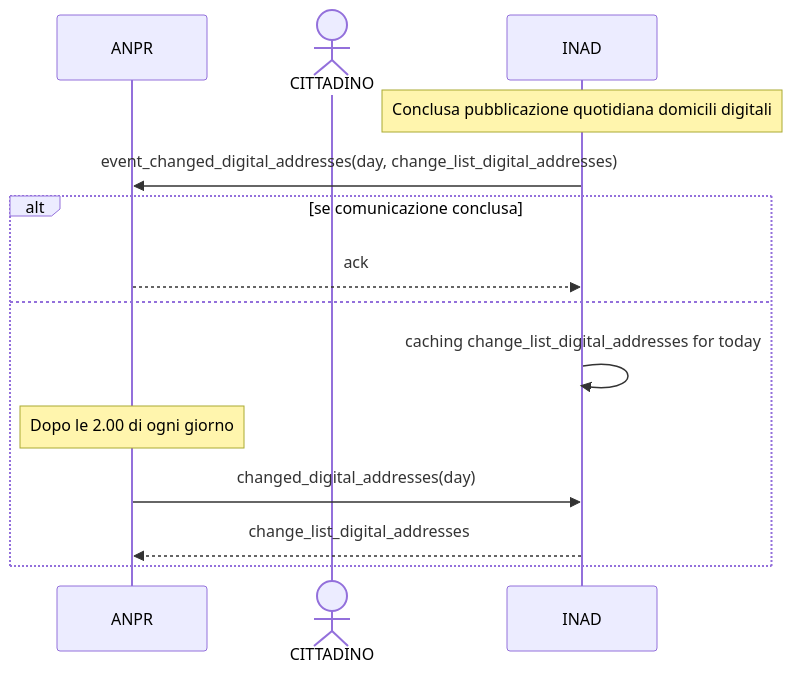
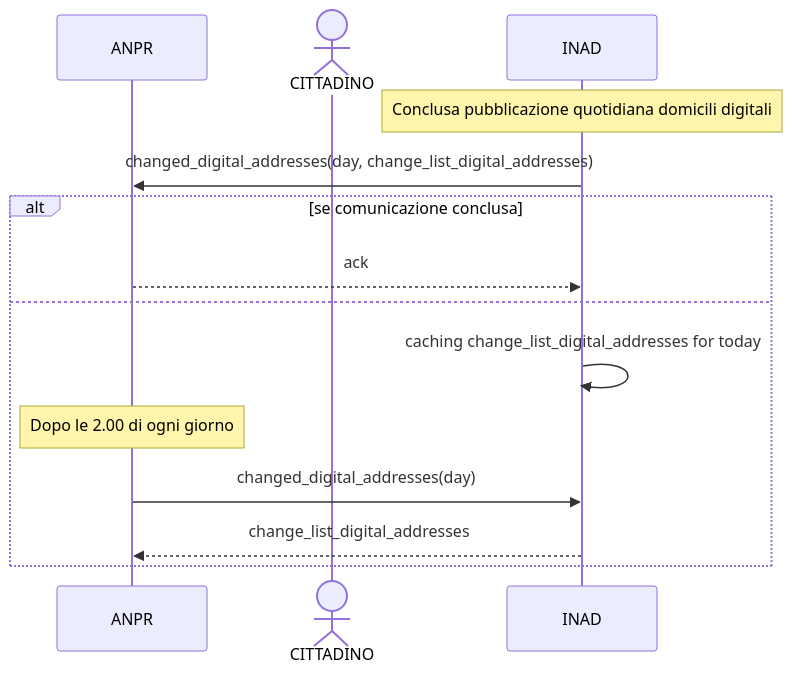
Before and after one commit to ioggstream/verify_integration_INAD_with_ANPR-IO: the diagram in mermind/UC011.md, drawn with Mermaid. The commit also changed 11 other files, not shown here.

````diff
--- a/mermind/UC011.md
+++ b/mermind/UC011.md
@@ -3,22 +3,22 @@
 ```mermaid
 sequenceDiagram
   participant A as ANPR
   actor C as CITTADINO
   participant I as INAD
 
   Note over I: Conclusa pubblicazione quotidiana domicili digitali 
 
-  I ->> A: event_changed_digital_addresses(day, change_list_digital_addresses)
+  I ->> A: changed_digital_addresses(day, change_list_digital_addresses)
 
   alt se comunicazione conclusa 
     A -->>I: ack
   else
     I ->> I: caching change_list_digital_addresses for today
 
     Note over A: Dopo le 2.00 di ogni giorno
 
     A ->> I: changed_digital_addresses(day)
     I -->> A: change_list_digital_addresses
     
   end
   ```
````
